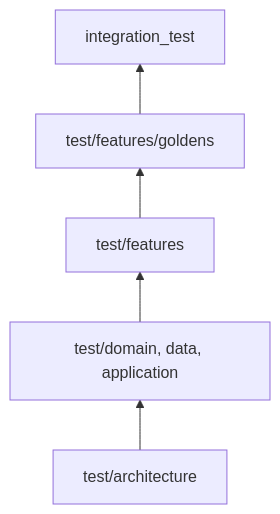
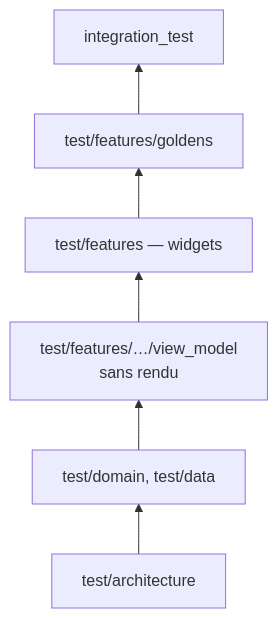
The diagram in docs/plan-de-tests.md (HubEauContrib/MartinPecheur), drawn with Mermaid before and after one commit. The commit also changed other lines of this file and 194 other files, not shown here.

First line of the commit message:
T1 : architecture MVVM (ADR-014), données, vues et avertissements (lots 1 à 4) (#12)

````diff
--- a/docs/plan-de-tests.md
+++ b/docs/plan-de-tests.md
@@ -20,7 +21,8 @@
 ```mermaid
 graph BT
-    A[test/architecture] --> B[test/domain, data, application]
-    B --> C[test/features]
+    A[test/architecture] --> B[test/domain, test/data]
+    B --> VM["test/features/…/view_model<br/>sans rendu"]
+    VM --> C[test/features — widgets]
     C --> D[test/features/goldens]
     D --> E[integration_test]
 ```
````
